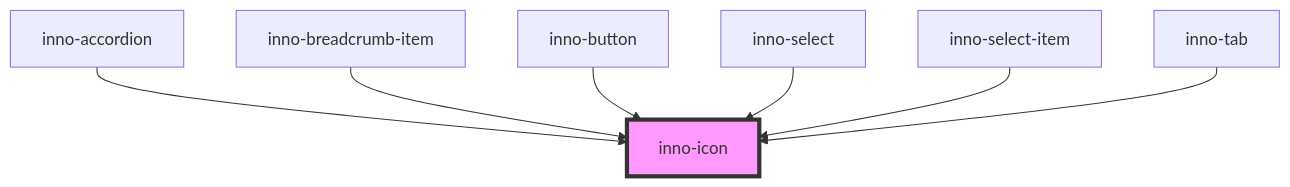
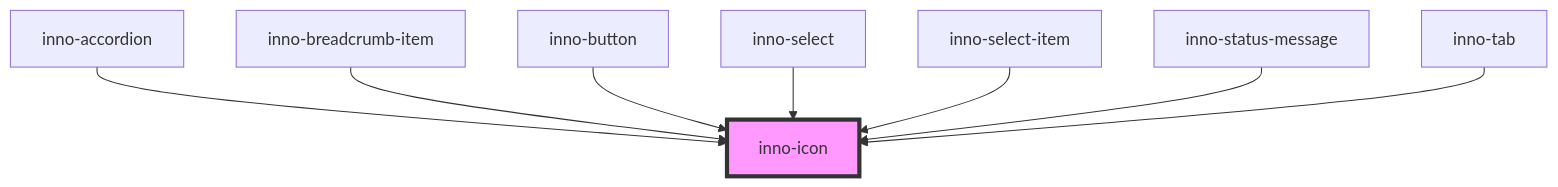
The diagram in packages/stencil-lib/src/components/inno-icon/readme.md (innomotics/brand-experience), drawn with Mermaid before and after one commit. The commit also changed other lines of this file and 26 other files, not shown here.

Commit message:
Add inno-status-message

````diff
--- a/packages/stencil-lib/src/components/inno-icon/readme.md
+++ b/packages/stencil-lib/src/components/inno-icon/readme.md
@@ -104,10 +105,11 @@
 ```mermaid
 graph TD;
   inno-accordion --> inno-icon
   inno-breadcrumb-item --> inno-icon
   inno-button --> inno-icon
   inno-select --> inno-icon
   inno-select-item --> inno-icon
+  inno-status-message --> inno-icon
   inno-tab --> inno-icon
   style inno-icon fill:#f9f,stroke:#333,stroke-width:4px
 ```
````
